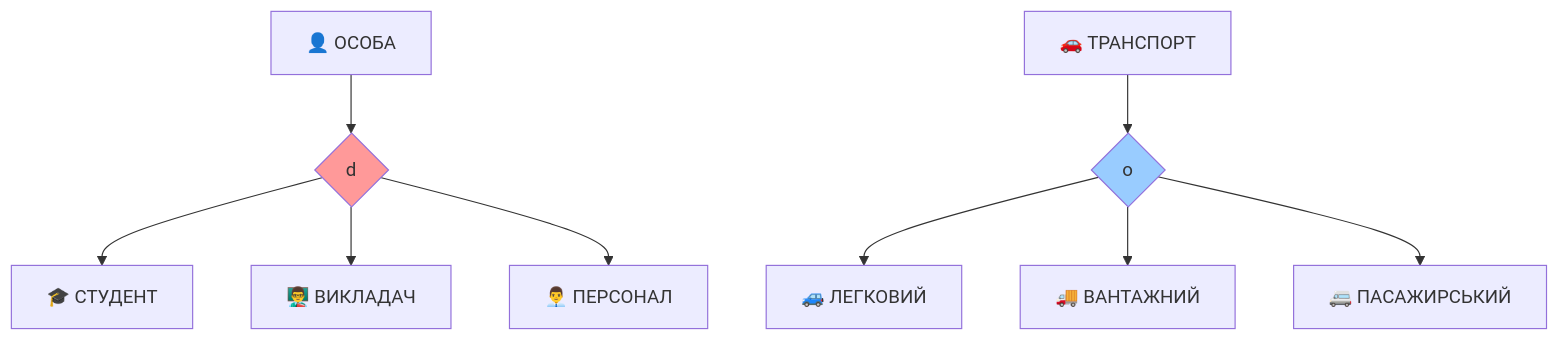
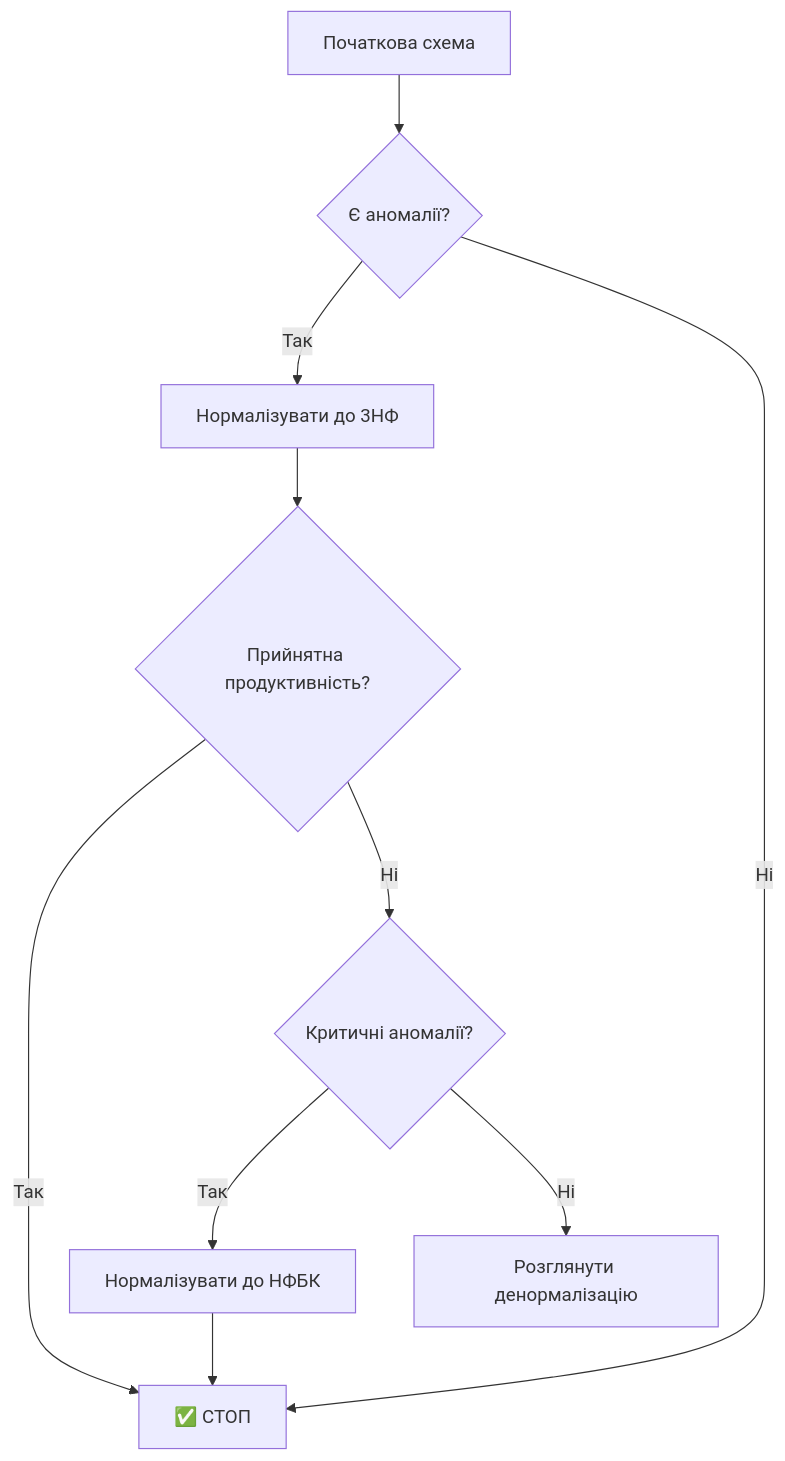
Before and after one commit to olroi421/course-bd: diagram 12 of 14 in presentations/presentation-05.md, drawn with Mermaid. The commit also changed other lines of this file and 12 other files, not shown here.

````diff
--- a/presentations/presentation-05.md
+++ b/presentations/presentation-05.md
@@ -395,15 +589,12 @@
 ```mermaid
 graph TD
-    A[👤 ОСОБА] --> B{d}
-    B --> C[🎓 СТУДЕНТ]
-    B --> D[👨‍🏫 ВИКЛАДАЧ]
-    B --> E[👨‍💼 ПЕРСОНАЛ]
-
-    F[🚗 ТРАНСПОРТ] --> G{o}
-    G --> H[🚙 ЛЕГКОВИЙ]
-    G --> I[🚚 ВАНТАЖНИЙ]
-    G --> J[🚐 ПАСАЖИРСЬКИЙ]
-
-    style B fill:#ff9999
-    style G fill:#99ccff
+    A[Початкова схема] --> B{Є аномалії?}
+    B -->|Так| C[Нормалізувати до 3НФ]
+    C --> D{Прийнятна продуктивність?}
+    D -->|Так| E[✅ СТОП]
+    D -->|Ні| F{Критичні аномалії?}
+    F -->|Так| G[Нормалізувати до НФБК]
+    F -->|Ні| H[Розглянути денормалізацію]
+    B -->|Ні| E
+    G --> E
 ```
````
